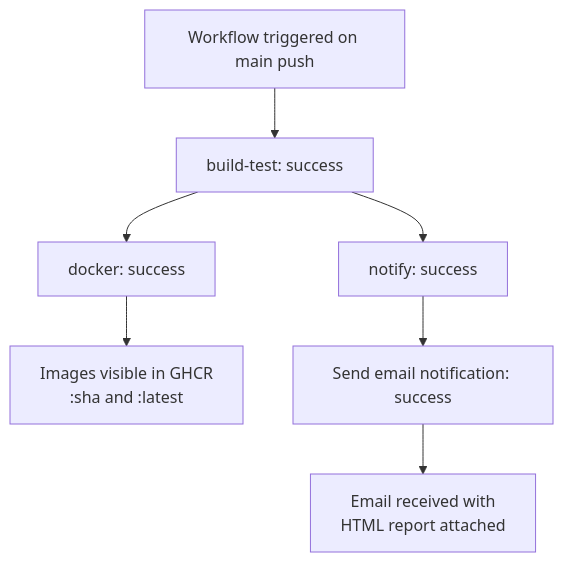
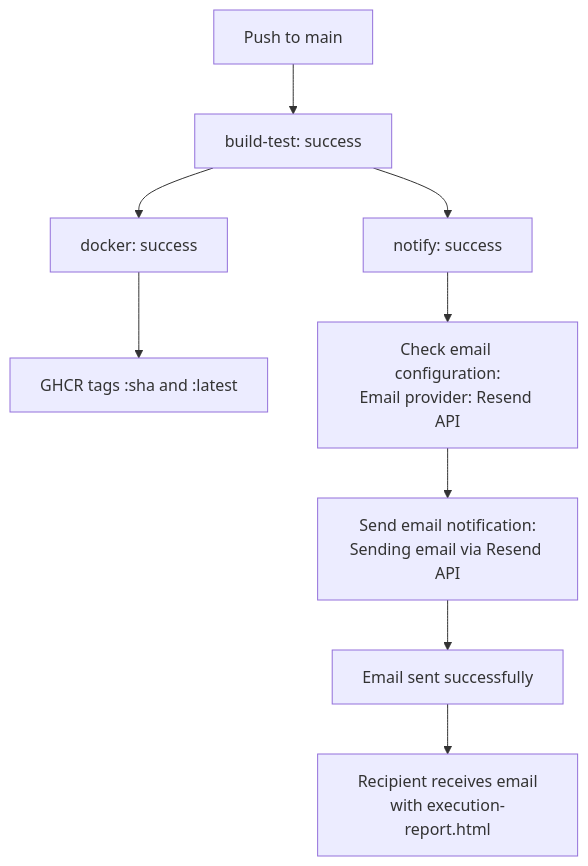
One commit to chaitussm/Java-Project changed diagram 22 of 22 in docs/java-e2e-ci-pipeline-guide.md. Above: the diagram before and after it, drawn with Mermaid. The commit also changed other lines of this file and 1 other file, not shown here.

First line of the commit message:
Document full CI resolution guide with diagrams for all failures

````diff
--- a/docs/java-e2e-ci-pipeline-guide.md
+++ b/docs/java-e2e-ci-pipeline-guide.md
@@ -572,9 +788,11 @@
 ```mermaid
 flowchart TD
-    A["Workflow triggered on main push"] --> B["build-test: success"]
+    A["Push to main"] --> B["build-test: success"]
     B --> C["docker: success"]
-    C --> D["Images visible in GHCR\n:sha and :latest"]
+    C --> D["GHCR tags :sha and :latest"]
     B --> E["notify: success"]
-    E --> F["Send email notification: success"]
-    F --> G["Email received with\nHTML report attached"]
+    E --> F["Check email configuration:\nEmail provider: Resend API"]
+    F --> G["Send email notification:\nSending email via Resend API"]
+    G --> H["Email sent successfully"]
+    H --> I["Recipient receives email\nwith execution-report.html"]
 ```
````
